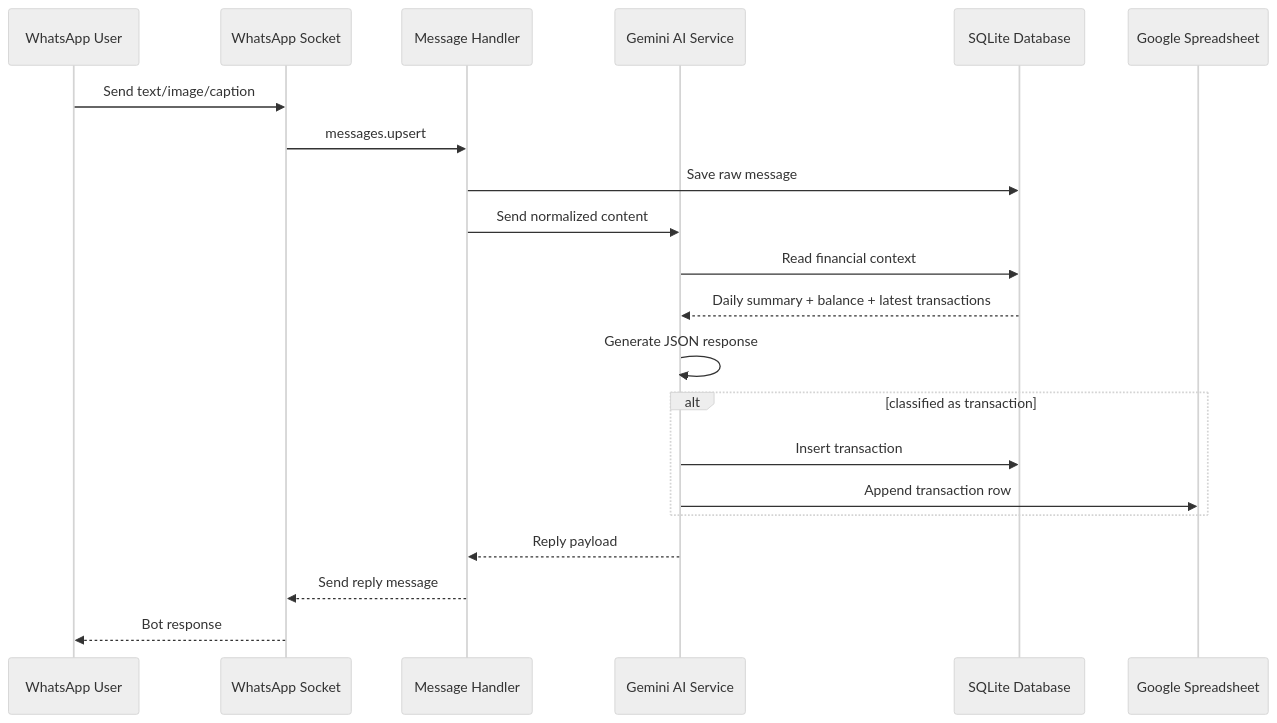
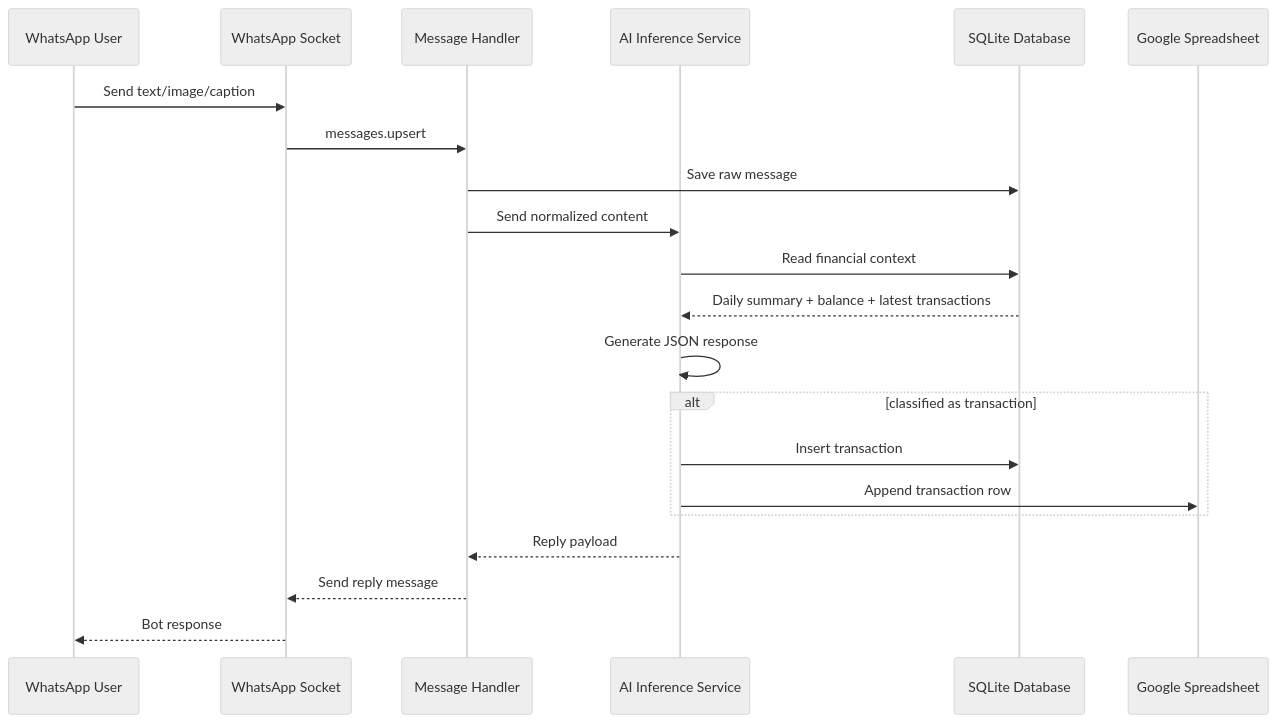
The second of 2 diagrams in docs/specs.md (tamaproject360/renqubot), drawn with Mermaid (neutral theme) before and after one commit. The commit also changed other lines of this file and 11 other files, not shown here.

````diff
--- a/docs/specs.md
+++ b/docs/specs.md
@@ -198,24 +202,24 @@
 ```mermaid
 sequenceDiagram
     participant U as WhatsApp User
     participant W as WhatsApp Socket
     participant E as Message Handler
-    participant A as Gemini AI Service
+    participant A as AI Inference Service
     participant D as SQLite Database
     participant S as Google Spreadsheet
 
     U->>W: Send text/image/caption
     W->>E: messages.upsert
     E->>D: Save raw message
     E->>A: Send normalized content
     A->>D: Read financial context
     D-->>A: Daily summary + balance + latest transactions
     A->>A: Generate JSON response
     alt classified as transaction
         A->>D: Insert transaction
         A->>S: Append transaction row
     end
     A-->>E: Reply payload
     E-->>W: Send reply message
     W-->>U: Bot response
 ```
````
